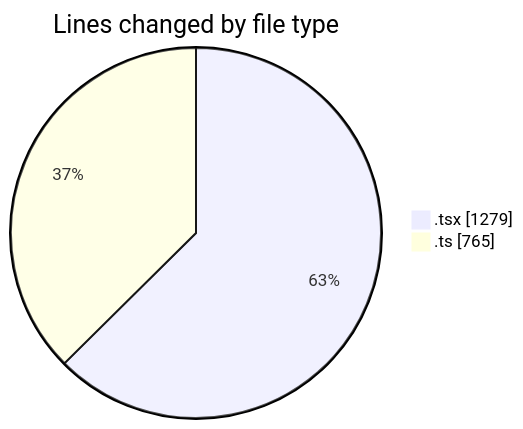
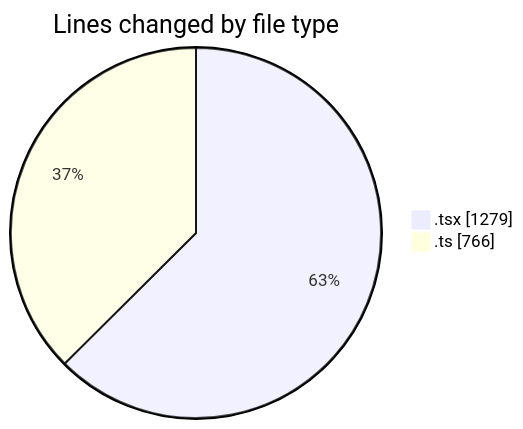
The first of 2 diagrams in 2026-02-27/nxtqube_webapp/README.md (nxtqubesakshisongat/code-tracking), drawn with Mermaid before and after one commit. The commit also changed other lines of this file and 1 other file, not shown here.

````diff
--- a/2026-02-27/nxtqube_webapp/README.md
+++ b/2026-02-27/nxtqube_webapp/README.md
@@ -24,6 +24,6 @@
 ```mermaid
 pie showData
 title Lines changed by file type
 ".tsx" : 1279
-".ts" : 765
+".ts" : 766
 ```
````
